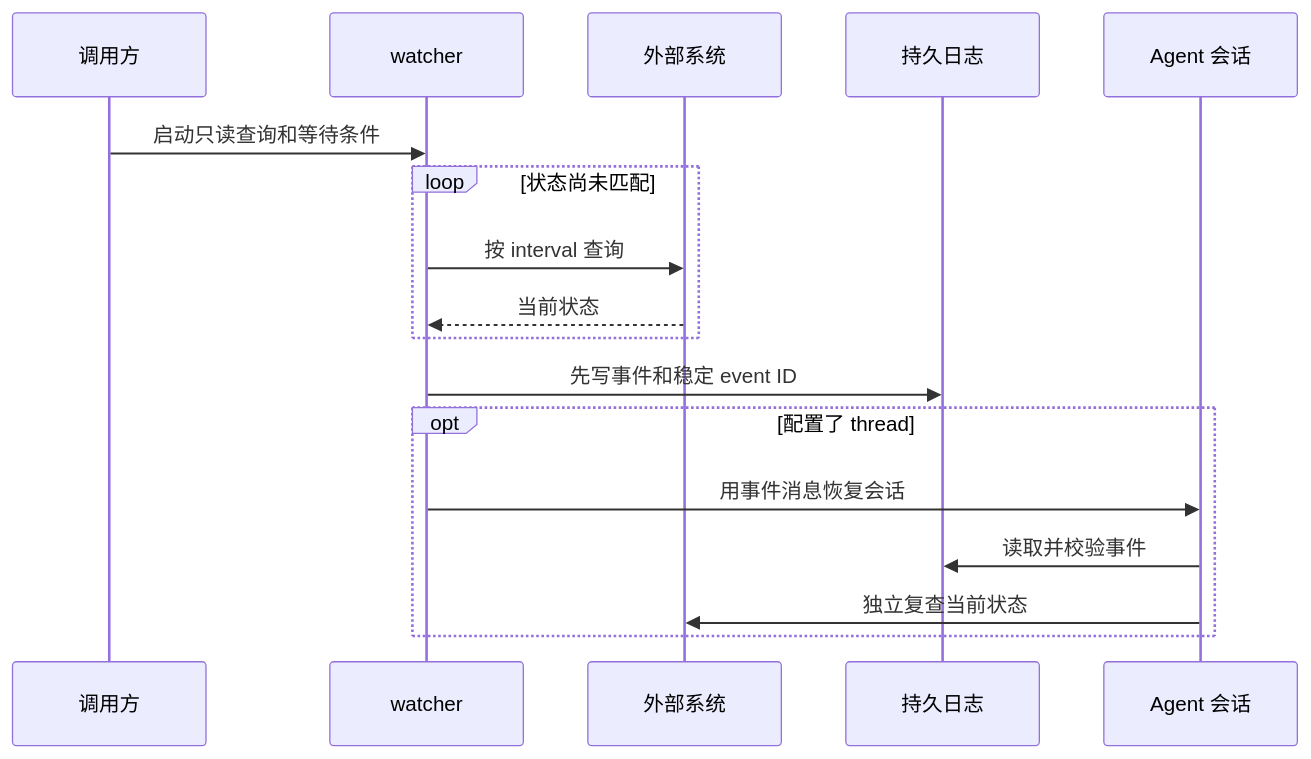
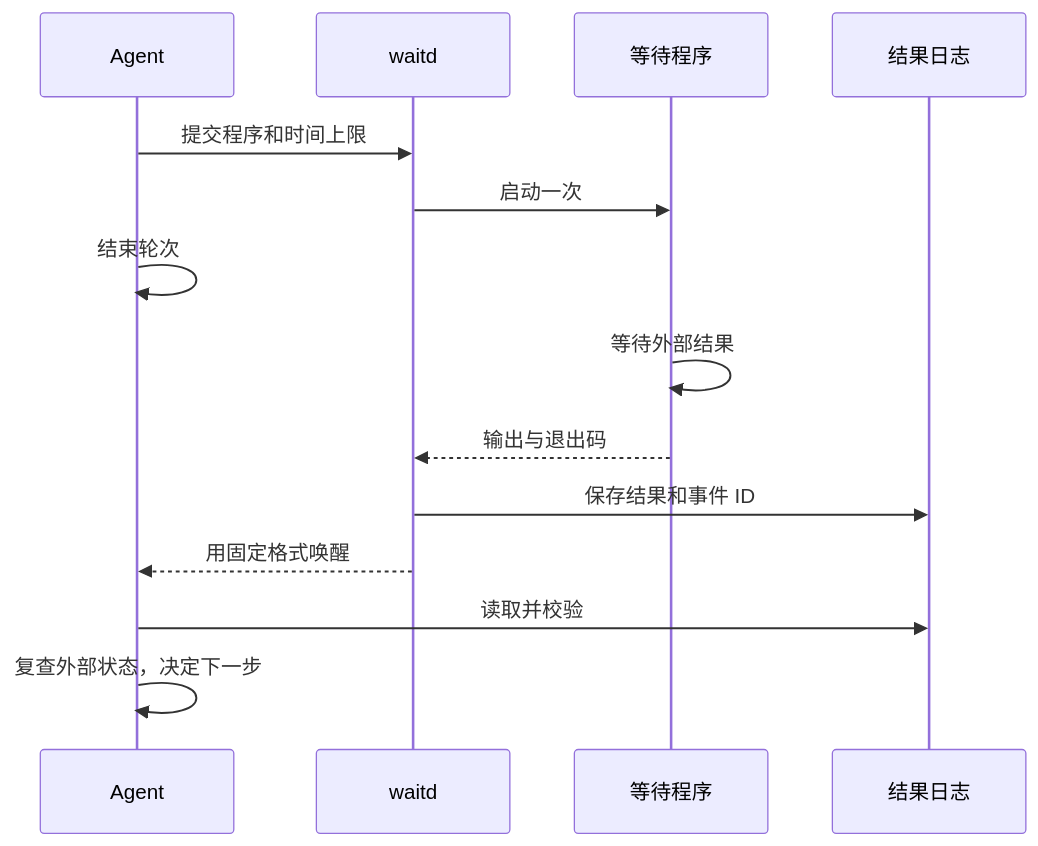
The diagram in docs/wait.zh-CN.md (wenxueru/wait-skill), drawn with Mermaid before and after one commit. The commit also changed other lines of this file and 33 other files, not shown here.

````diff
--- a/docs/wait.zh-CN.md
+++ b/docs/wait.zh-CN.md
@@ -9,20 +9,16 @@
 ```mermaid
 sequenceDiagram
-    participant R as 调用方
-    participant W as watcher
-    participant E as 外部系统
-    participant L as 持久日志
-    participant C as Agent 会话
-
-    R->>W: 启动只读查询和等待条件
-    loop 状态尚未匹配
-        W->>E: 按 interval 查询
-        E-->>W: 当前状态
-    end
-    W->>L: 先写事件和稳定 event ID
-    opt 配置了 thread
-        W->>C: 用事件消息恢复会话
-        C->>L: 读取并校验事件
-        C->>E: 独立复查当前状态
-    end
+    participant A as Agent
+    participant S as waitd
+    participant P as 等待程序
+    participant L as 结果日志
+    A->>S: 提交程序和时间上限
+    S->>P: 启动一次
+    A->>A: 结束轮次
+    P->>P: 等待外部结果
+    P-->>S: 输出与退出码
+    S->>L: 保存结果和事件 ID
+    S-->>A: 用固定格式唤醒
+    A->>L: 读取并校验
+    A->>A: 复查外部状态，决定下一步
 ```
````
